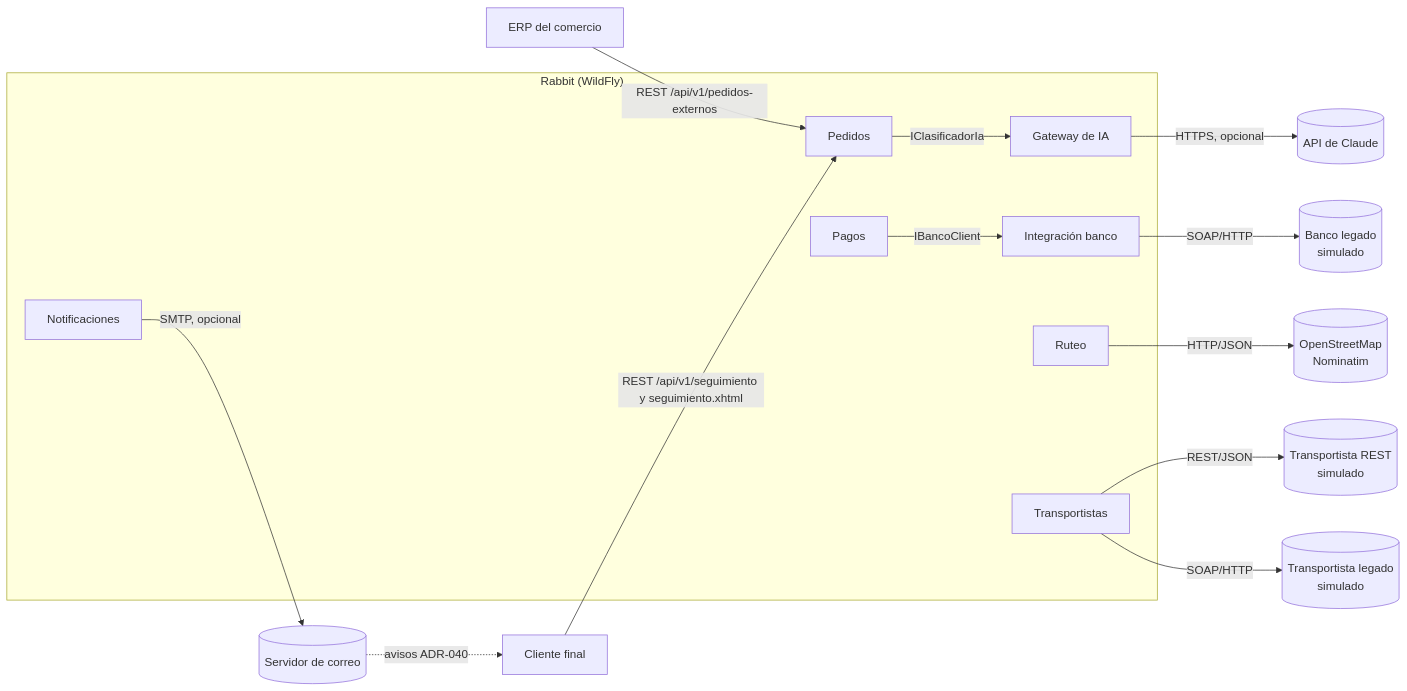
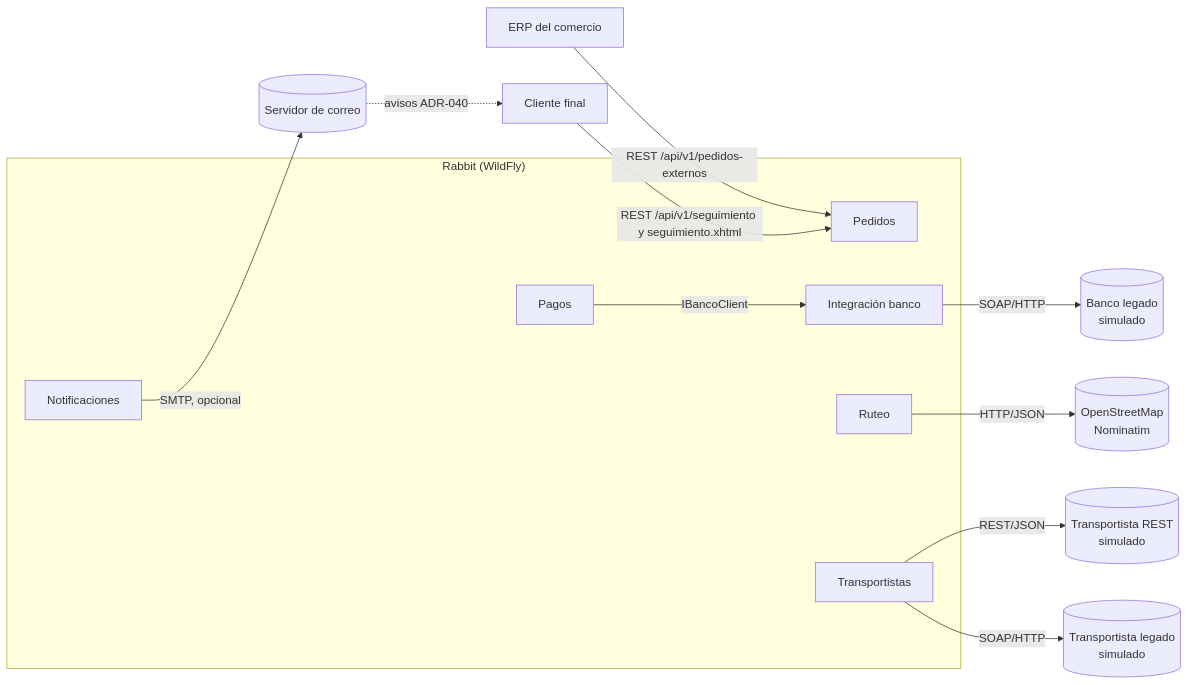
The third of 4 diagrams in docs/arquitectura/ARQUITECTURA.md (feliforte14/Rabbit), drawn with Mermaid before and after one commit. The commit also changed other lines of this file and 40 other files, not shown here.

````diff
--- a/docs/arquitectura/ARQUITECTURA.md
+++ b/docs/arquitectura/ARQUITECTURA.md
@@ -327,23 +327,20 @@
 ```mermaid
 flowchart LR
     ERP[ERP del comercio] -->|"REST /api/v1/pedidos-externos"| Pedidos
     Cliente[Cliente final] -->|"REST /api/v1/seguimiento y seguimiento.xhtml"| Pedidos
     subgraph Rabbit["Rabbit (WildFly)"]
         Pedidos
         Pagos
         Ruteo
         Transportistas
         Notificaciones
         Banco[Integración banco]
-        IA[Gateway de IA]
     end
     Pagos -->|IBancoClient| Banco
-    Pedidos -->|IClasificadorIa| IA
     Banco -->|SOAP/HTTP| Legado[(Banco legado<br/>simulado)]
-    IA -->|"HTTPS, opcional"| Claude[(API de Claude)]
     Ruteo -->|HTTP/JSON| OSM[(OpenStreetMap<br/>Nominatim)]
     Transportistas -->|REST/JSON| TransREST[(Transportista REST<br/>simulado)]
     Transportistas -->|SOAP/HTTP| TransSOAP[(Transportista legado<br/>simulado)]
     Notificaciones -->|"SMTP, opcional"| Correo[(Servidor de correo)]
     Correo -.->|avisos ADR-040| Cliente
 ```
````
